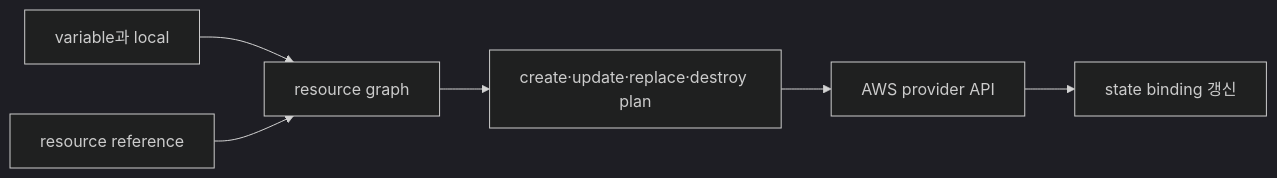
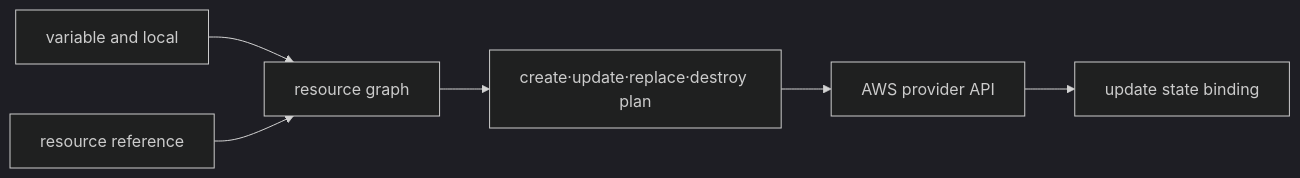
Before and after one commit to nohdol97/nohdol-study: the diagram in docs-site/content/terraform-aws/01-resource-graph-and-state.md, drawn with Mermaid (dark theme). The commit also changed other lines of this file and 116 other files, not shown here.

````diff
--- a/docs-site/content/terraform-aws/01-resource-graph-and-state.md
+++ b/docs-site/content/terraform-aws/01-resource-graph-and-state.md
@@ -80,8 +80,8 @@
 ```mermaid
 flowchart LR
-    V[variable과 local] --> G[resource graph]
+    V[variable and local] --> G[resource graph]
     R[resource reference] --> G
     G --> P[create·update·replace·destroy plan]
     P --> A[AWS provider API]
-    A --> S[state binding 갱신]
+    A --> S[update state binding]
 ```
````
